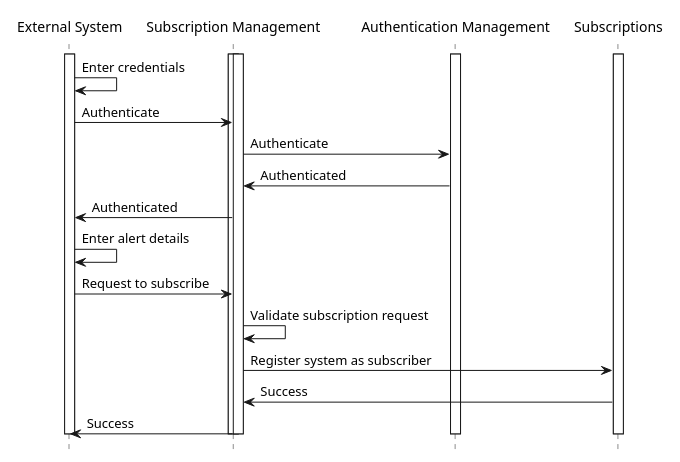
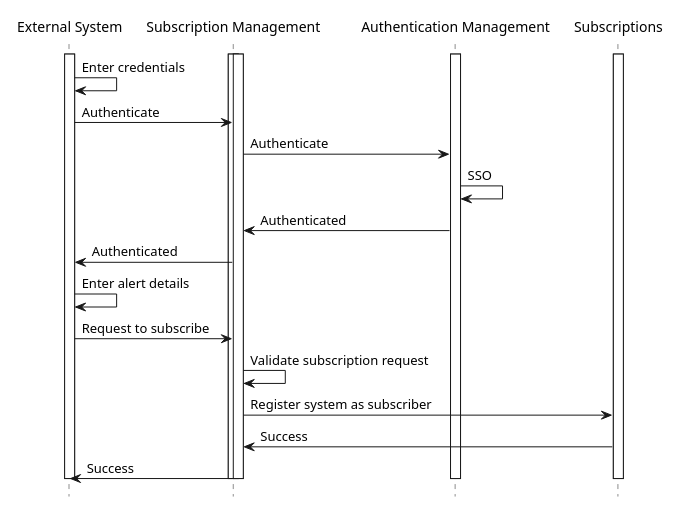
One commit to kailashsrirang/3a04-deliverable3 changed the diagram in seq-diag/BE6.puml. Above: the diagram before and after it, drawn with PlantUML. The commit also changed 2 other files, not shown here.

Commit message:
revised sequence diagrams

```diff
--- a/seq-diag/BE6.puml
+++ b/seq-diag/BE6.puml
@@ -2,41 +2,42 @@
 @startuml
 
 hide footbox
 
 skinparam ParticipantBorderColor transparent
 skinparam ParticipantBackgroundColor transparent
 skinparam ActorBorderColor transparent
 skinparam ActorBackgroundColor transparent
 
 participant "External System" as X
 participant "Subscription Management" as SM
 participant "Authentication Management" as AM
 participant "Subscriptions" as S
 
 
 activate X
 activate S
 activate SM
 activate AM
 activate SM
 
 X -> X : Enter credentials
 X -> SM : Authenticate
 SM -> AM : Authenticate
+AM -> AM : SSO
 AM -> SM : Authenticated
 SM -> X : Authenticated
 X -> X : Enter alert details
 X -> SM : Request to subscribe
 SM -> SM : Validate subscription request
 SM -> S : Register system as subscriber
 S -> SM : Success
 SM -> X : Success
 
 
 
 deactivate X
 deactivate SM
 deactivate S
 deactivate AM
 deactivate SM
 @enduml
```
